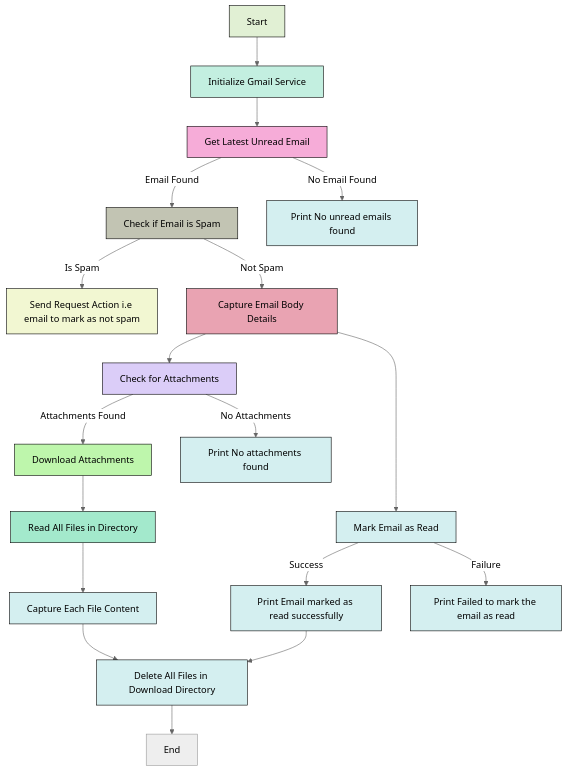
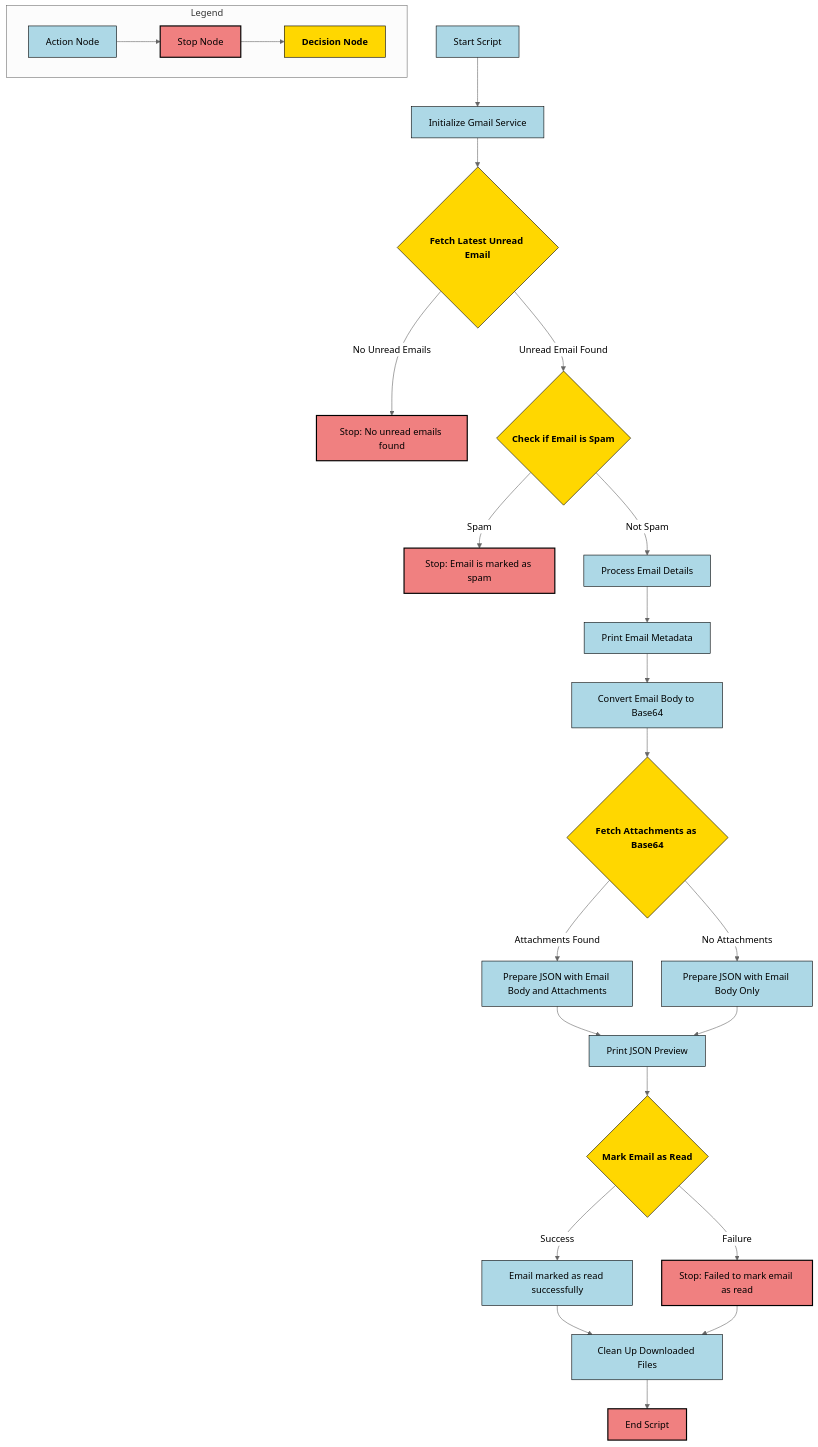
One commit to naddanki87/insurerassist changed the diagram in README.md. Above: the diagram before and after it, drawn with Mermaid (neutral theme).

````diff
--- a/README.md
+++ b/README.md
@@ -2,42 +2,41 @@
 ```mermaid
-graph TD
-    A[Start] --> B[Initialize Gmail Service]
-    B --> C[Get Latest Unread Email]
-    C -->|Email Found| D[Check if Email is Spam]
-    C -->|No Email Found| E[Print No unread emails found]
+flowchart TD
+    %% Legend for better understanding
+    subgraph Legend [Legend]
+    direction LR
+    A1[Action Node]:::action --> S1[Stop Node]:::stop --> D1[Decision Node]:::decision
+    end
 
-    D -->|Is Spam| F[Send Request Action i.e email to mark as not spam]
-    D -->|Not Spam| G[Capture Email Body Details]
-    
-    G --> H[Check for Attachments]
-    H -->|Attachments Found| I[Download Attachments]
-    I --> J[Read All Files in Directory]
-    H -->|No Attachments| K[Print No attachments found]
-    
-    J --> L[Capture Each File Content]
-    G --> M[Mark Email as Read]
-    M -->|Success| N[Print Email marked as read successfully]
-    M -->|Failure| O[Print Failed to mark the email as read]
+    classDef action fill:#ADD8E6,stroke:#000,stroke-width:1px,color:#000;
+    classDef stop fill:#F08080,stroke:#000,stroke-width:2px,color:#000;
+    classDef decision fill:#FFD700,stroke:#000,stroke-width:1px,color:#000,font-weight:bold;
 
-    N --> P[Delete All Files in Download Directory]
-    L --> P
-    P --> Q[End]
+    %% Actual process flow
+    Start["Start Script"]:::action --> B[Initialize Gmail Service]:::action
+    B --> C{Fetch Latest Unread Email}:::decision
 
-  style A stroke:#000000,fill:#E1F0D4 
-  style B stroke:#000000,fill:#C3EFE0 
-  style C stroke:#000000,fill:#F6ACD8
-  style D stroke:#000000,fill:#C2C4B3 
-  style E stroke:#000000,fill:#D4EFF0
-  style F stroke:#000000,fill:#F2F7D2 
-  style G stroke:#000000,fill:#E9A3B2 
-  style H stroke:#000000,fill:#DBCDF8 
-  style I stroke:#000000,fill:#BEF6AC 
-  style J stroke:#000000,fill:#A3E9CC 
-  style K stroke:#000000,fill:#D4EFF0
-  style L stroke:#000000,fill:#D4EFF0
-  style M stroke:#000000,fill:#D4EFF0
-  style N stroke:#000000,fill:#D4EFF0
-  style O stroke:#000000,fill:#D4EFF0
-  style P stroke:#000000,fill:#D4EFF0
+    C -->|No Unread Emails| D[Stop: No unread emails found]:::stop
+    C -->|Unread Email Found| E{Check if Email is Spam}:::decision
+
+    E -->|Spam| F[Stop: Email is marked as spam]:::stop
+    E -->|Not Spam| G[Process Email Details]:::action
+
+    G --> H[Print Email Metadata]:::action
+    H --> I[Convert Email Body to Base64]:::action
+    I --> J{Fetch Attachments as Base64}:::decision
+
+    J -->|Attachments Found| K[Prepare JSON with Email Body and Attachments]:::action
+    J -->|No Attachments| L[Prepare JSON with Email Body Only]:::action
+
+    K --> M[Print JSON Preview]:::action
+    L --> M
+
+    M --> N{Mark Email as Read}:::decision
+    N -->|Success| O[Email marked as read successfully]:::action
+    N -->|Failure| P[Stop: Failed to mark email as read]:::stop
+
+    O --> Q[Clean Up Downloaded Files]:::action
+    P --> Q
+    Q --> R["End Script"]:::stop
 
 ```
````
